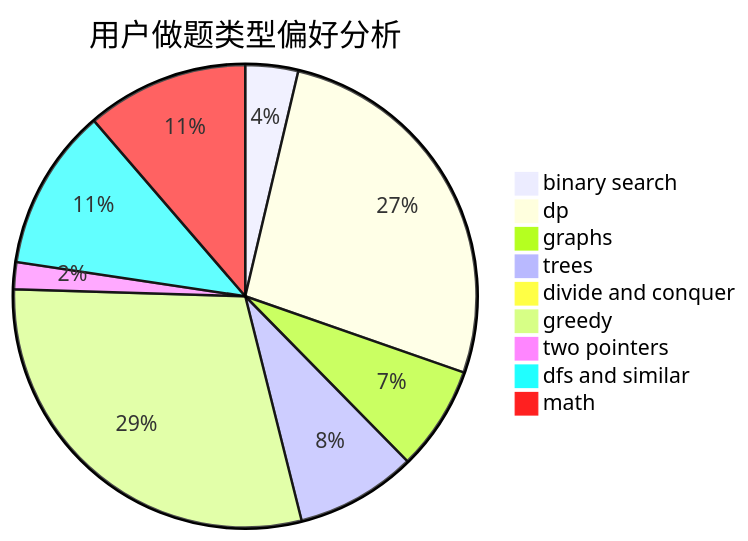
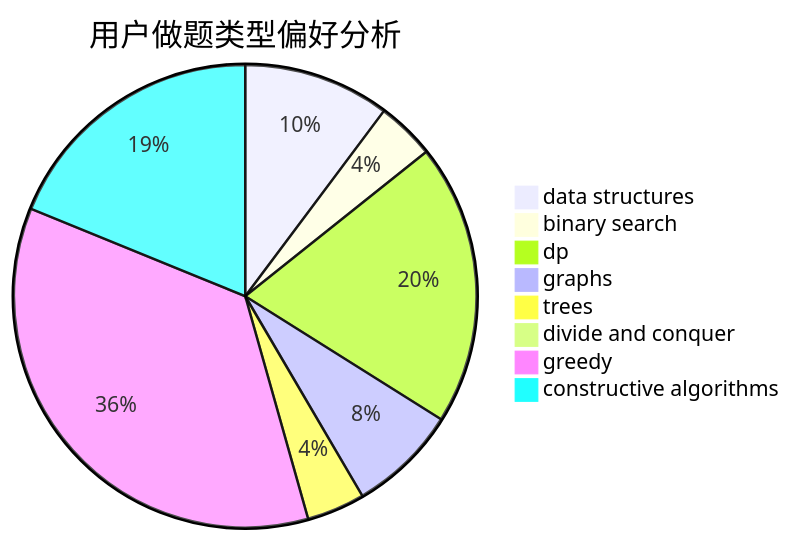
The second of 3 diagrams in docs/user/u987.md (sherpahu/cfrs.github.io), drawn with Mermaid before and after one commit. The commit also changed other lines of this file and 2775 other files, not shown here.

````diff
--- a/docs/user/u987.md
+++ b/docs/user/u987.md
@@ -23,12 +23,11 @@
 ```mermaid
 pie title 用户做题类型偏好分析
-    "binary search" :  55
-    "dp" :  398
-    "graphs" :  109
-    "trees" :  126
+    "data structures" :  63
+    "binary search" :  25
+    "dp" :  121
+    "graphs" :  47
+    "trees" :  25
     "divide and conquer" :  0
-    "greedy" :  439
-    "two pointers" :  28
-    "dfs and similar" :  169
-    "math" :  169
+    "greedy" :  219
+    "constructive algorithms" :  116
 ```
````
